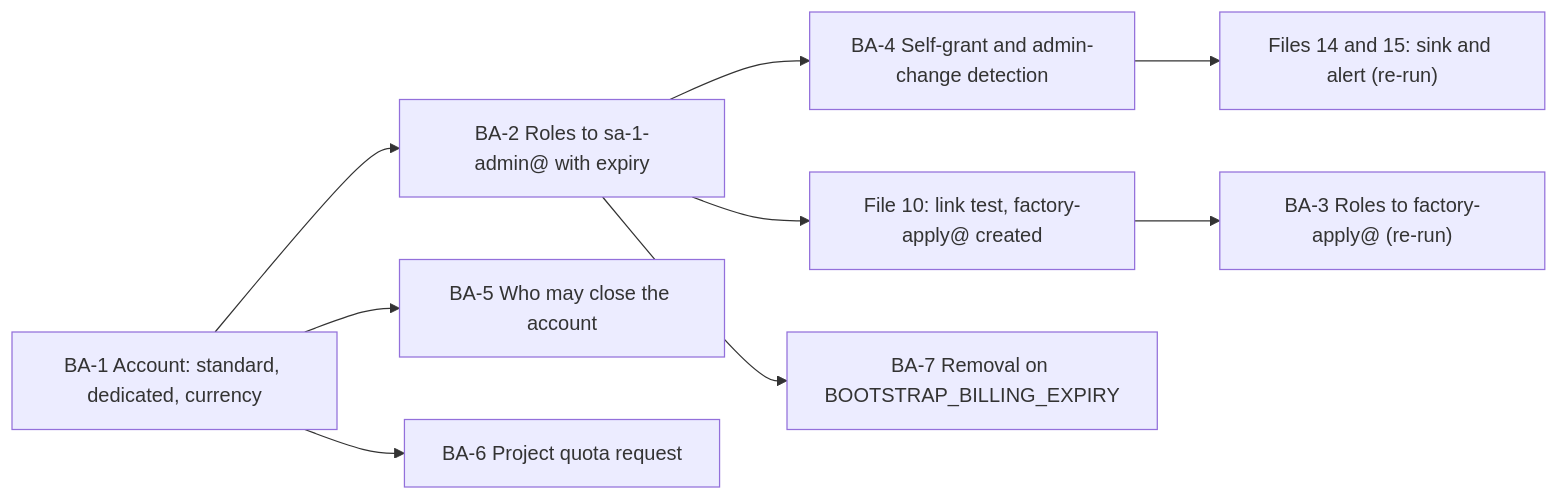
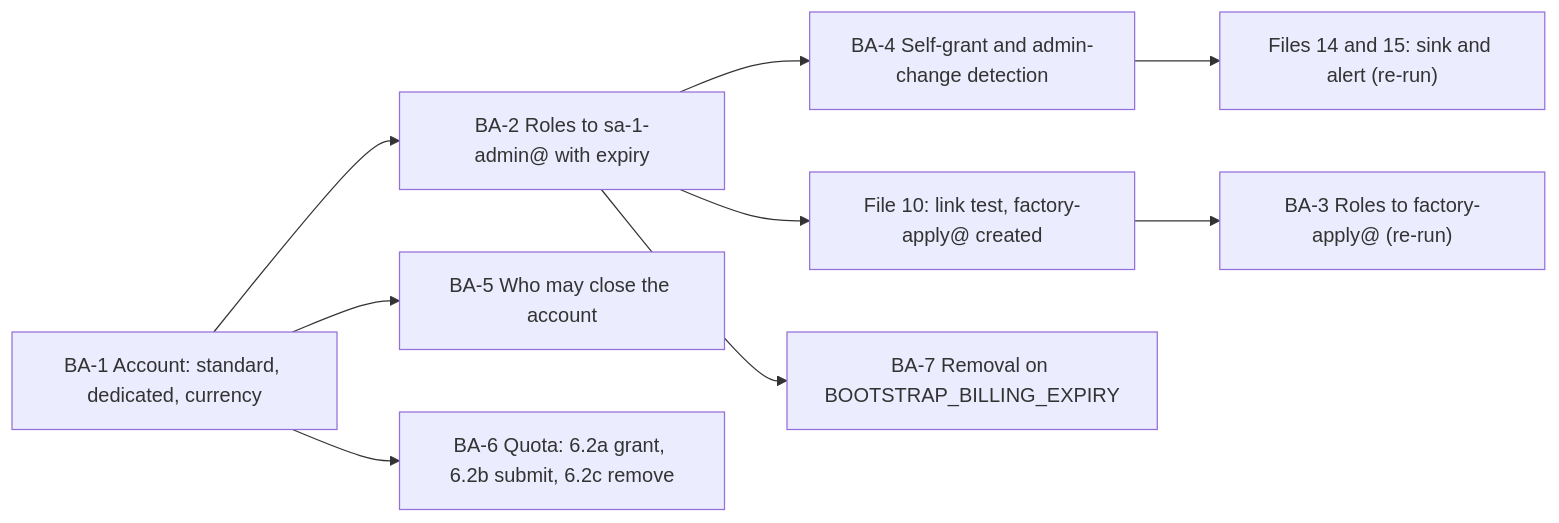
Before and after one commit to jsbdfgidsfg/agentic-platform: the diagram in platform/agentic-platform/setup/07-billing-account.md, drawn with Mermaid. The commit also changed other lines of this file and 41 other files, not shown here.

````diff
--- a/platform/agentic-platform/setup/07-billing-account.md
+++ b/platform/agentic-platform/setup/07-billing-account.md
@@ -26,11 +26,11 @@
 ```mermaid
 flowchart LR
   A["BA-1 Account: standard, dedicated, currency"] --> B["BA-2 Roles to sa-1-admin@ with expiry"]
   B --> C["BA-4 Self-grant and admin-change detection"]
   A --> D["BA-5 Who may close the account"]
-  A --> E["BA-6 Project quota request"]
+  A --> E["BA-6 Quota: 6.2a grant, 6.2b submit, 6.2c remove"]
   B --> F["File 10: link test, factory-apply@ created"]
   F --> G["BA-3 Roles to factory-apply@ (re-run)"]
   C --> H["Files 14 and 15: sink and alert (re-run)"]
   B --> I["BA-7 Removal on BOOTSTRAP_BILLING_EXPIRY"]
 ```
````
